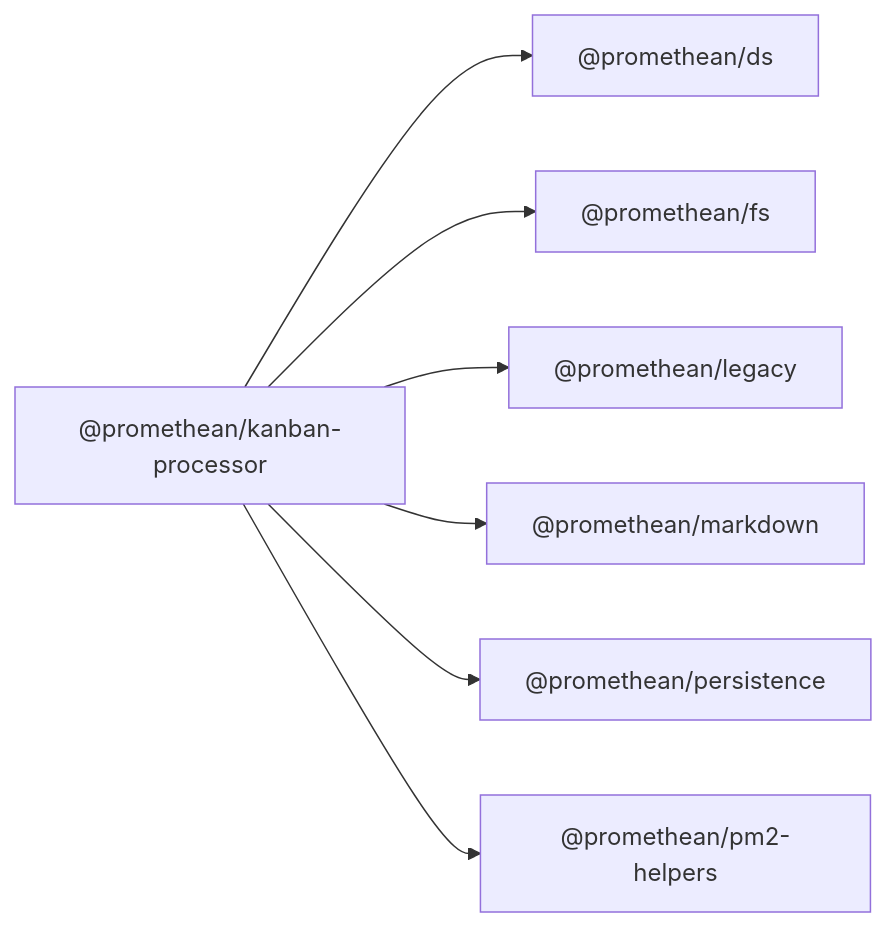
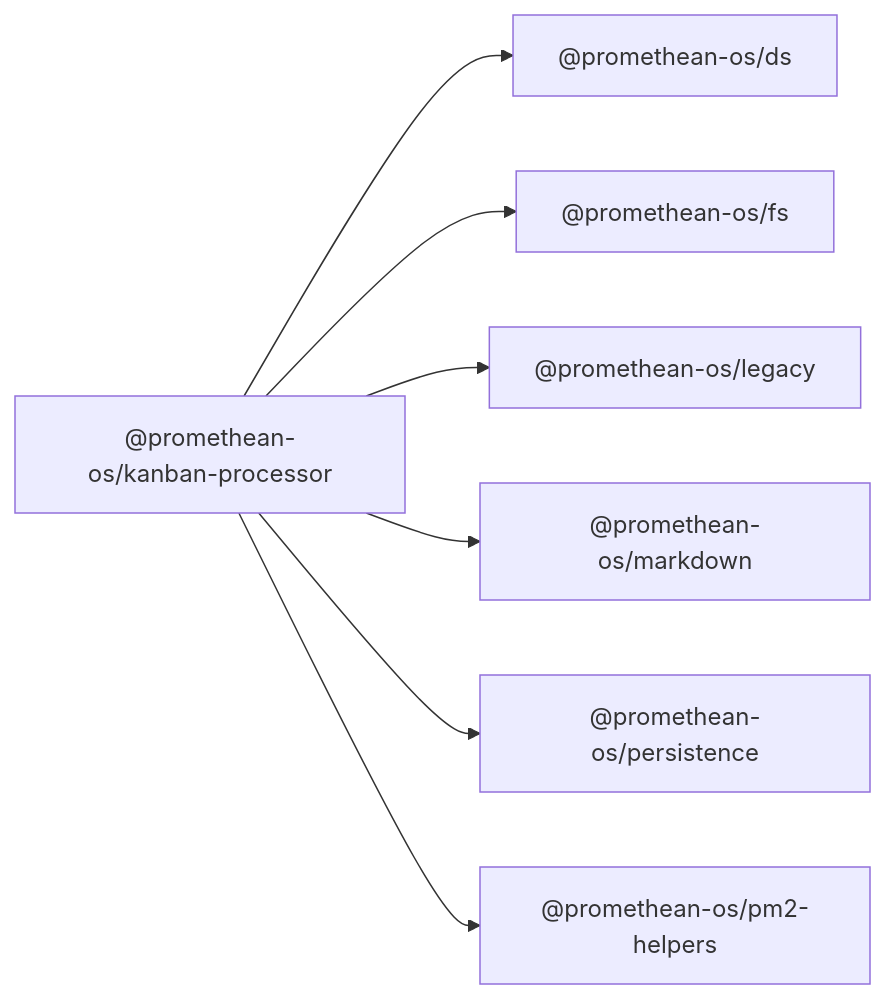
One commit to octave-commons/promethean changed the diagram in docs/packages/kanban-processor/README.md. Above: the diagram before and after it, drawn with Mermaid. The commit also changed other lines of this file and 1753 other files, not shown here.

````diff
--- a/docs/packages/kanban-processor/README.md
+++ b/docs/packages/kanban-processor/README.md
@@ -14,22 +14,22 @@
 ```mermaid
 graph LR
-  A["@promethean/kanban-processor"]
-  D1["@promethean/ds"]
-  D2["@promethean/fs"]
-  D3["@promethean/legacy"]
-  D4["@promethean/markdown"]
-  D5["@promethean/persistence"]
-  D6["@promethean/pm2-helpers"]
-  A --> D1["@promethean/ds"]
-  A --> D2["@promethean/fs"]
-  A --> D3["@promethean/legacy"]
-  A --> D4["@promethean/markdown"]
-  A --> D5["@promethean/persistence"]
-  A --> D6["@promethean/pm2-helpers"]
-  click D1 "../ds/README.md" "@promethean/ds"
-  click D2 "../fs/README.md" "@promethean/fs"
-  click D3 "../legacy/README.md" "@promethean/legacy"
-  click D4 "../markdown/README.md" "@promethean/markdown"
-  click D5 "../persistence/README.md" "@promethean/persistence"
-  click D6 "../pm2-helpers/README.md" "@promethean/pm2-helpers"
+  A["@promethean-os/kanban-processor"]
+  D1["@promethean-os/ds"]
+  D2["@promethean-os/fs"]
+  D3["@promethean-os/legacy"]
+  D4["@promethean-os/markdown"]
+  D5["@promethean-os/persistence"]
+  D6["@promethean-os/pm2-helpers"]
+  A --> D1["@promethean-os/ds"]
+  A --> D2["@promethean-os/fs"]
+  A --> D3["@promethean-os/legacy"]
+  A --> D4["@promethean-os/markdown"]
+  A --> D5["@promethean-os/persistence"]
+  A --> D6["@promethean-os/pm2-helpers"]
+  click D1 "../ds/README.md" "@promethean-os/ds"
+  click D2 "../fs/README.md" "@promethean-os/fs"
+  click D3 "../legacy/README.md" "@promethean-os/legacy"
+  click D4 "../markdown/README.md" "@promethean-os/markdown"
+  click D5 "../persistence/README.md" "@promethean-os/persistence"
+  click D6 "../pm2-helpers/README.md" "@promethean-os/pm2-helpers"
 ```
````
